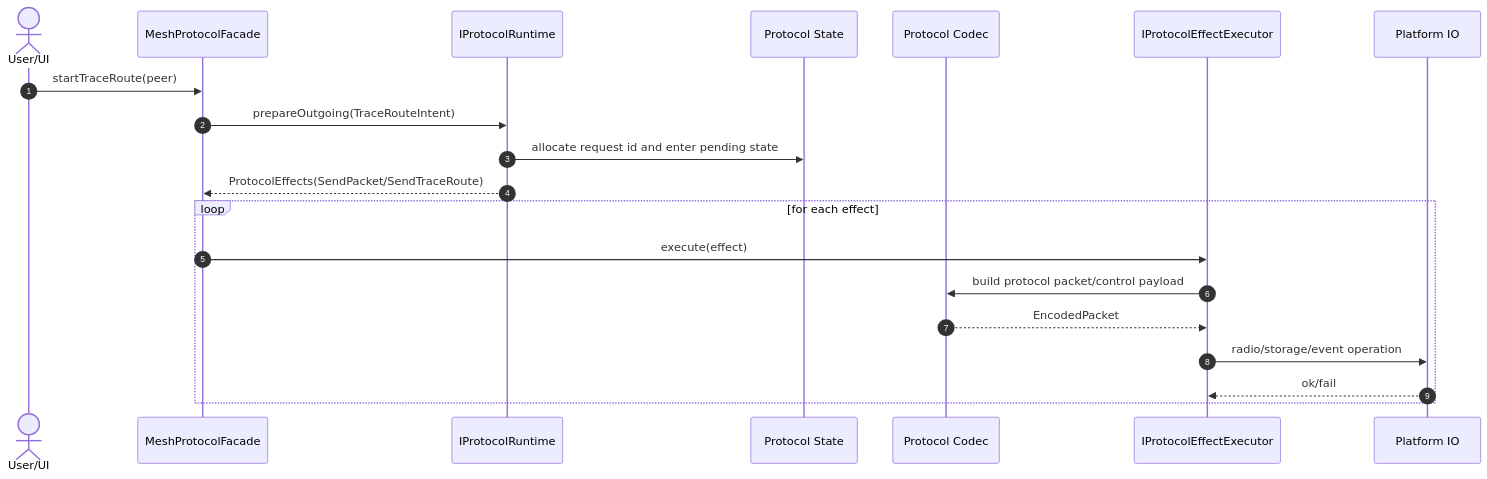
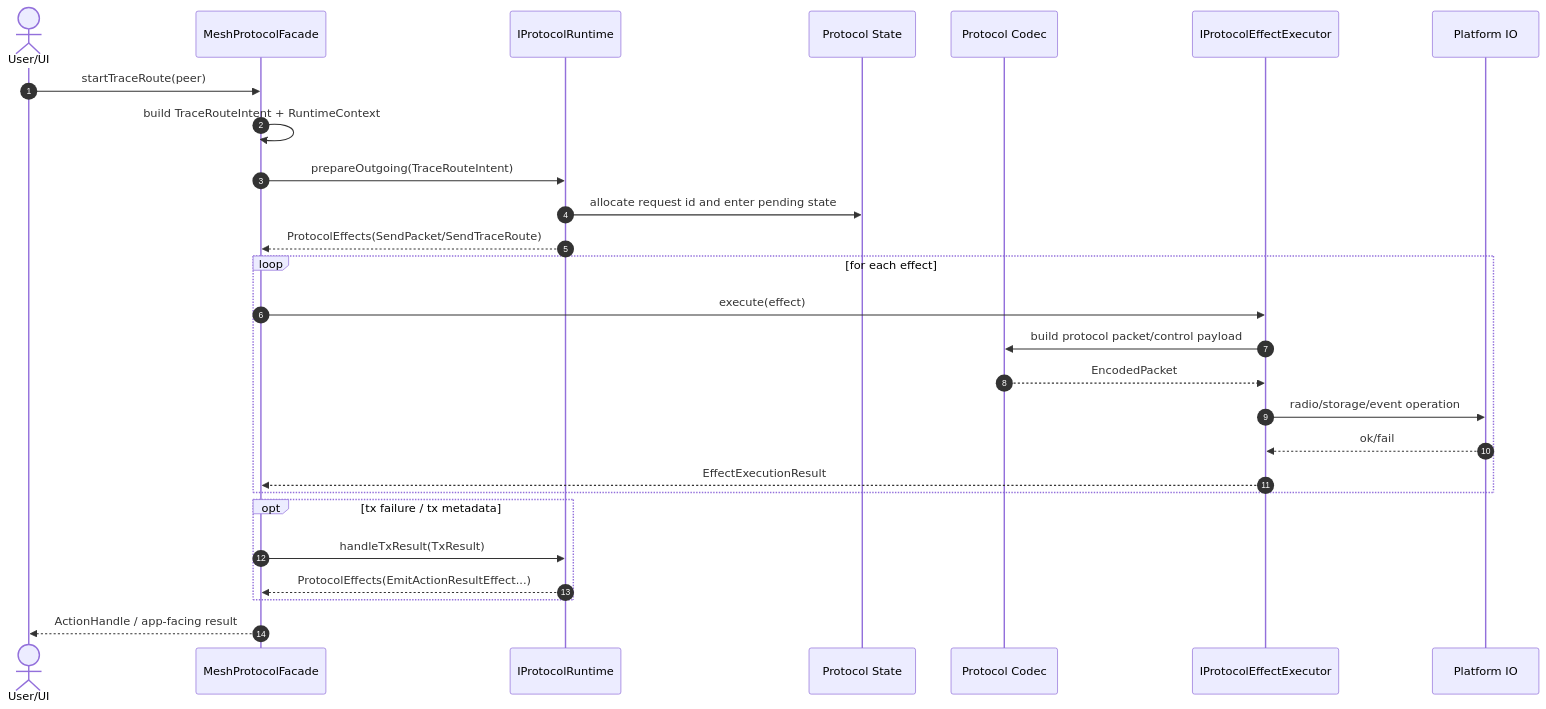
Before and after one commit to DinaTzi/trail-mate: the third of 6 diagrams in docs/specification/PROTOCOL_RUNTIME_DESIGN_SPEC.md, drawn with Mermaid. The commit also changed other lines of this file, not shown here.

Commit message:
docs(protocol): require facade boundary in runtime spec

````diff
--- a/docs/specification/PROTOCOL_RUNTIME_DESIGN_SPEC.md
+++ b/docs/specification/PROTOCOL_RUNTIME_DESIGN_SPEC.md
@@ -249,23 +383,30 @@
 ```mermaid
 sequenceDiagram
     autonumber
     actor User as User/UI
     participant Facade as MeshProtocolFacade
     participant Runtime as IProtocolRuntime
     participant State as Protocol State
     participant Codec as Protocol Codec
     participant Executor as IProtocolEffectExecutor
     participant Platform as Platform IO
 
     User->>Facade: startTraceRoute(peer)
+    Facade->>Facade: build TraceRouteIntent + RuntimeContext
     Facade->>Runtime: prepareOutgoing(TraceRouteIntent)
     Runtime->>State: allocate request id and enter pending state
     Runtime-->>Facade: ProtocolEffects(SendPacket/SendTraceRoute)
     loop for each effect
         Facade->>Executor: execute(effect)
         Executor->>Codec: build protocol packet/control payload
         Codec-->>Executor: EncodedPacket
         Executor->>Platform: radio/storage/event operation
         Platform-->>Executor: ok/fail
+        Executor-->>Facade: EffectExecutionResult
     end
+    opt tx failure / tx metadata
+        Facade->>Runtime: handleTxResult(TxResult)
+        Runtime-->>Facade: ProtocolEffects(EmitActionResultEffect...)
+    end
+    Facade-->>User: ActionHandle / app-facing result
 ```
````
